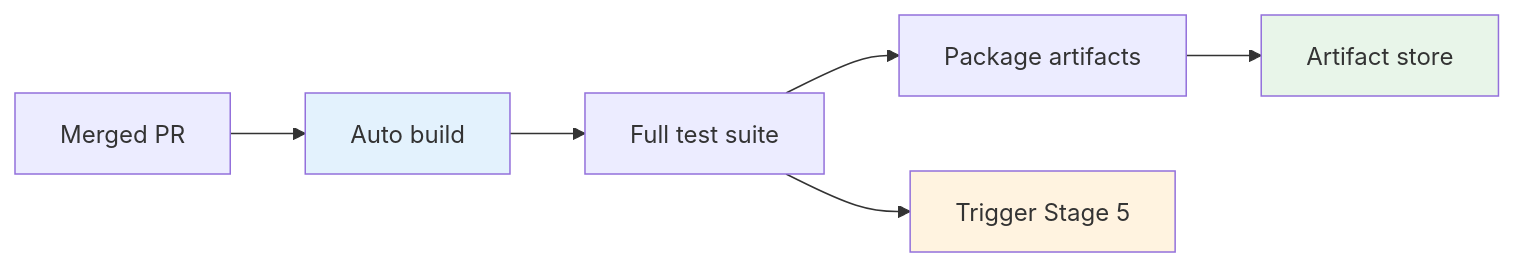
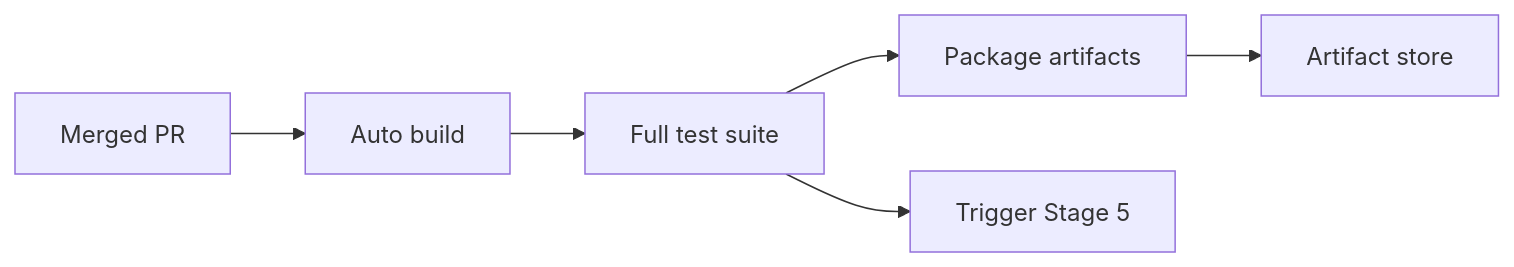
The third of 5 diagrams in docs/explanation/continuous-delivery/cd-model/cd-model-stages-1-6.md (ready-to-release/eac), drawn with Mermaid before and after one commit. The commit also changed other lines of this file and 28 other files, not shown here.

````diff
--- a/docs/explanation/continuous-delivery/cd-model/cd-model-stages-1-6.md
+++ b/docs/explanation/continuous-delivery/cd-model/cd-model-stages-1-6.md
@@ -239,13 +233,10 @@
 ```mermaid
 flowchart LR
     Merge[Merged PR] --> Build[Auto build]
     Build --> Test[Full test suite]
     Test --> Package[Package artifacts]
     Package --> Store[Artifact store]
 
     Test --> Next[Trigger Stage 5]
 
-    style Build fill:#e3f2fd
-    style Store fill:#e8f5e9
-    style Next fill:#fff3e0
 ```
````
